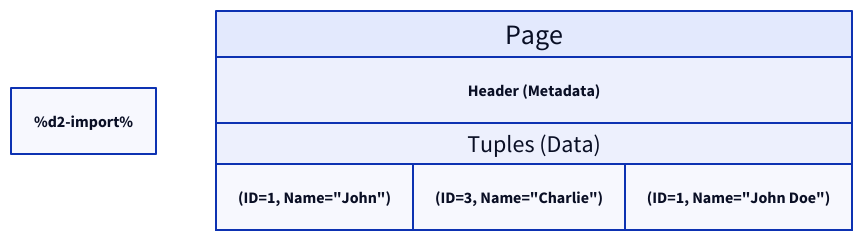
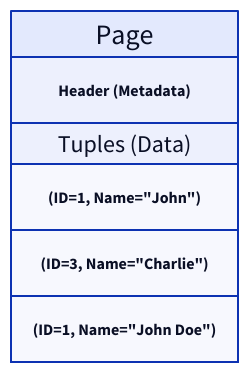
The second of 10 diagrams in content/docs/data-persistence/sql-database/physical-layer.md (link1905/system-design-101), drawn with D2 before and after one commit. The commit also changed other lines of this file and 40 other files, not shown here.

````diff
--- a/content/docs/data-persistence/sql-database/physical-layer.md
+++ b/content/docs/data-persistence/sql-database/physical-layer.md
@@ -41,21 +41,20 @@
 ```d2
-%d2-import%
 Page {
     grid-gap: 0
     grid-columns: 1
     Header (Metadata)
     t: Tuples (Data) {
         grid-gap: 0
-        grid-rows: 1
+        grid-columns: 1
         t1: (ID=1, Name="John") {
             class: partition
         }
         t2: (ID=3, Name="Charlie") {
             class: partition
         }
         t3: (ID=1, Name="John Doe") {
             class: partition
         }
     }
 }
 ```
````
